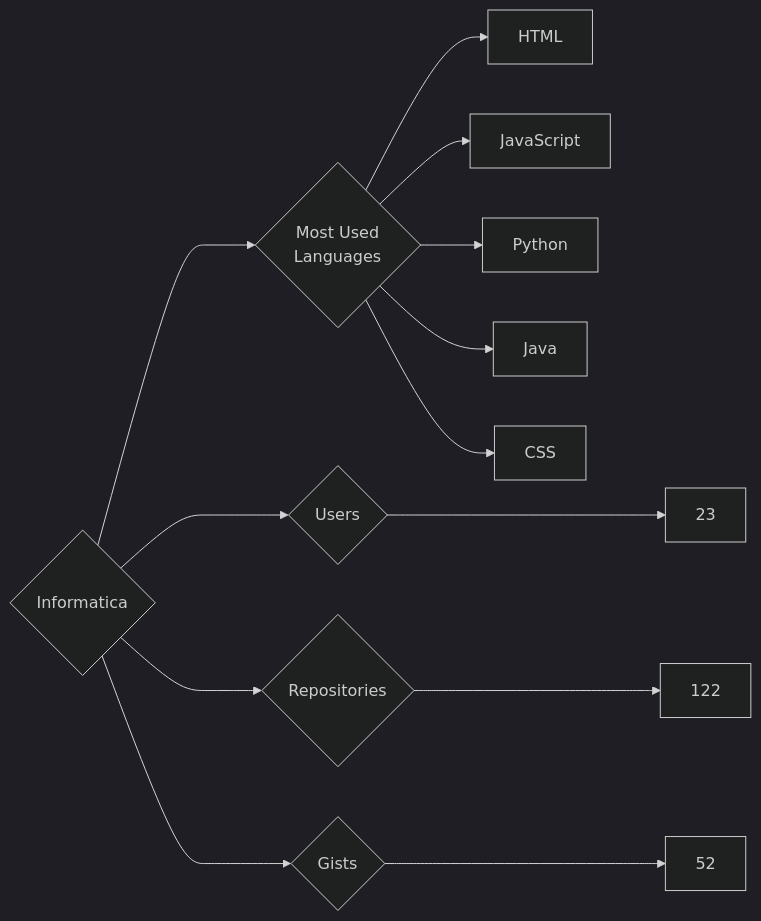
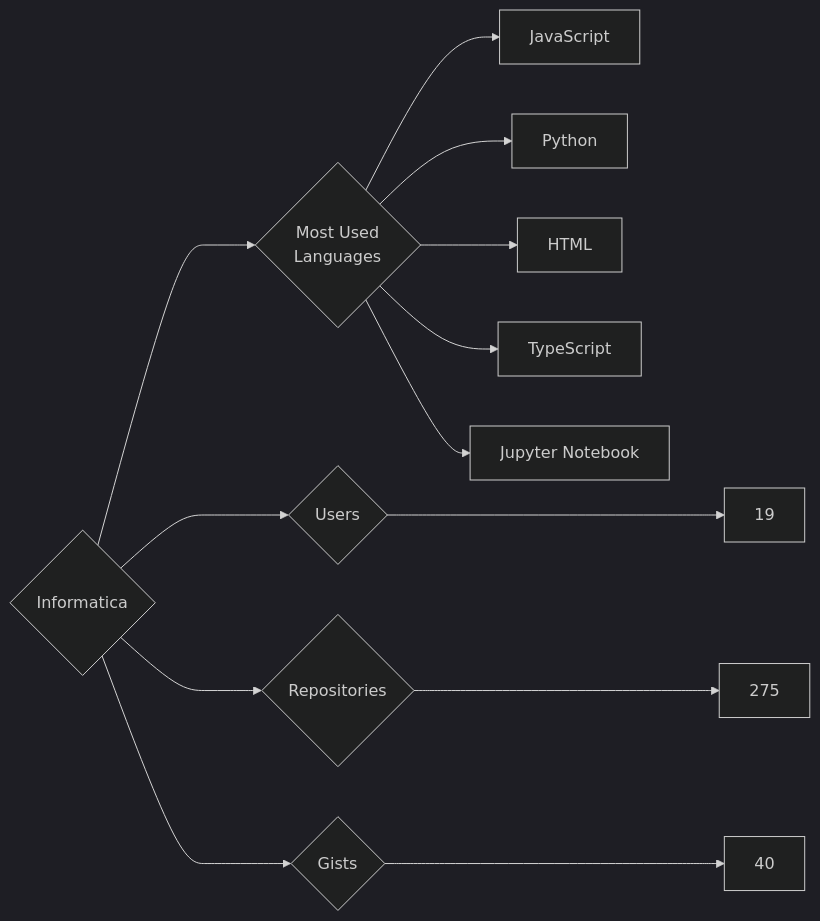
The diagram in targets/Informatica/README.md (trickest/insiders), drawn with Mermaid (dark theme) before and after one commit. The commit also changed 688 other files, not shown here.

````diff
--- a/targets/Informatica/README.md
+++ b/targets/Informatica/README.md
@@ -3,13 +3,13 @@
 ```mermaid
 graph LR
 COMPANY_NAME{Informatica}
-COMPANY_NAME ---> U{Users} ---> UN[23]
-COMPANY_NAME ---> R{Repositories} ---> RN[122]
-COMPANY_NAME ---> G{Gists} ---> GN[52]
+COMPANY_NAME ---> U{Users} ---> UN[19]
+COMPANY_NAME ---> R{Repositories} ---> RN[275]
+COMPANY_NAME ---> G{Gists} ---> GN[40]
 COMPANY_NAME ---> ML{Most Used<br>Languages}
-ML --> HTML[HTML]
 ML --> JavaScript[JavaScript]
 ML --> Python[Python]
-ML --> Java[Java]
-ML --> CSS[CSS]
+ML --> HTML[HTML]
+ML --> TypeScript[TypeScript]
+ML --> Jupyter_Notebook[Jupyter Notebook]
 ```
````
